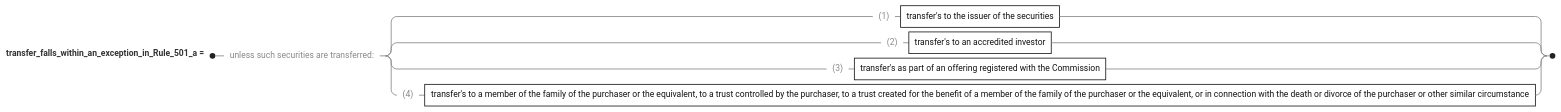
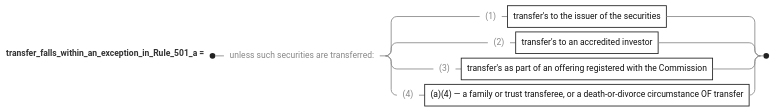
Before and after one commit to legalese/l4-ide: the diagram in jl4/examples/legal/regcf/figures/regcf-resale-exceptions.mmd, drawn with Mermaid. The commit also changed 40 other files, not shown here.

```diff
--- a/jl4/examples/legal/regcf/figures/regcf-resale-exceptions.mmd
+++ b/jl4/examples/legal/regcf/figures/regcf-resale-exceptions.mmd
@@ -1,16 +1,16 @@
 ---
 config:
   railroad:
     nonTerminalFill: "#ffffff"
     nonTerminalStroke: "#222222"
     nonTerminalTextColor: "#111111"
     terminalFill: "transparent"
     terminalStroke: "transparent"
     terminalTextColor: "#888888"
     lineColor: "#8a8a8a"
     markerFill: "#222222"
     strokeWidth: 1.5
     fontSize: 15
 ---
 railroad-beta
-transfer_falls_within_an_exception_in_Rule_501_a = sequence(terminal("unless such securities are transferred:"), choice(sequence(terminal("(1)"), nonterminal("transfer's to the issuer of the securities")), sequence(terminal("(2)"), nonterminal("transfer's to an accredited investor")), sequence(terminal("(3)"), nonterminal("transfer's as part of an offering registered with the Commission")), sequence(terminal("(4)"), nonterminal("transfer's to a member of the family of the purchaser or the equivalent, to a trust controlled by the purchaser, to a trust created for the benefit of a member of the family of the purchaser or the equivalent, or in connection with the death or divorce of the purchaser or other similar circumstance"))));
+transfer_falls_within_an_exception_in_Rule_501_a = sequence(terminal("unless such securities are transferred:"), choice(sequence(terminal("(1)"), nonterminal("transfer's to the issuer of the securities")), sequence(terminal("(2)"), nonterminal("transfer's to an accredited investor")), sequence(terminal("(3)"), nonterminal("transfer's as part of an offering registered with the Commission")), sequence(terminal("(4)"), nonterminal("(a)(4) — a family or trust transferee, or a death-or-divorce circumstance OF transfer"))));
```
